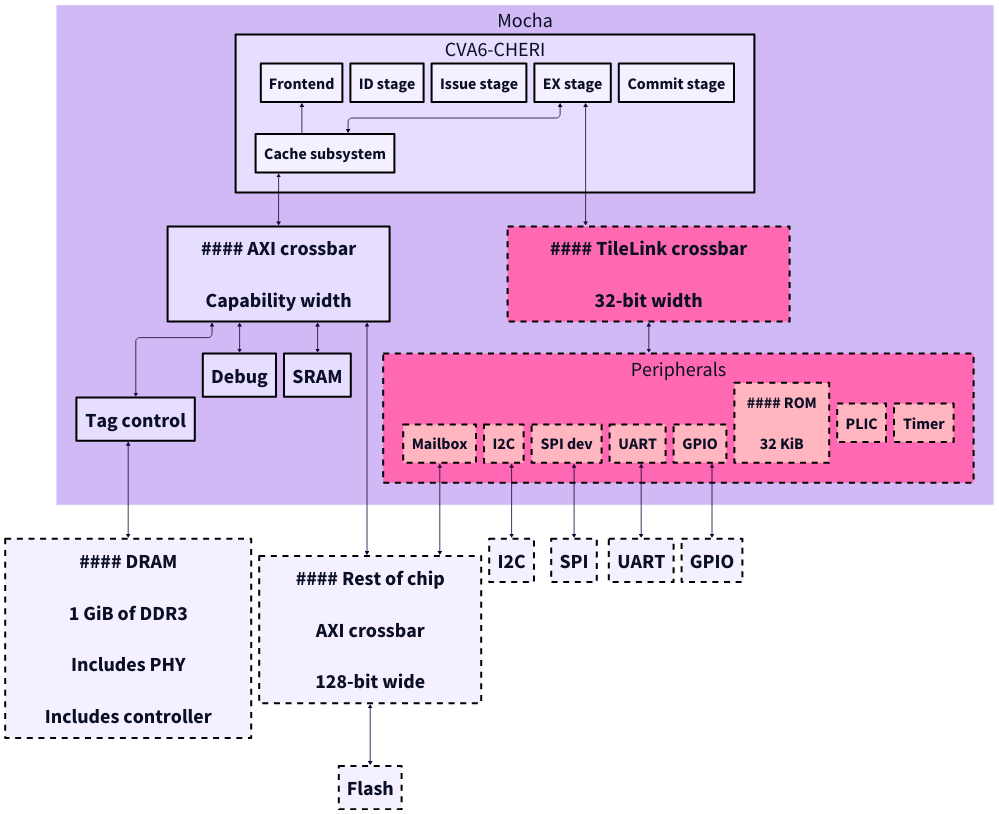
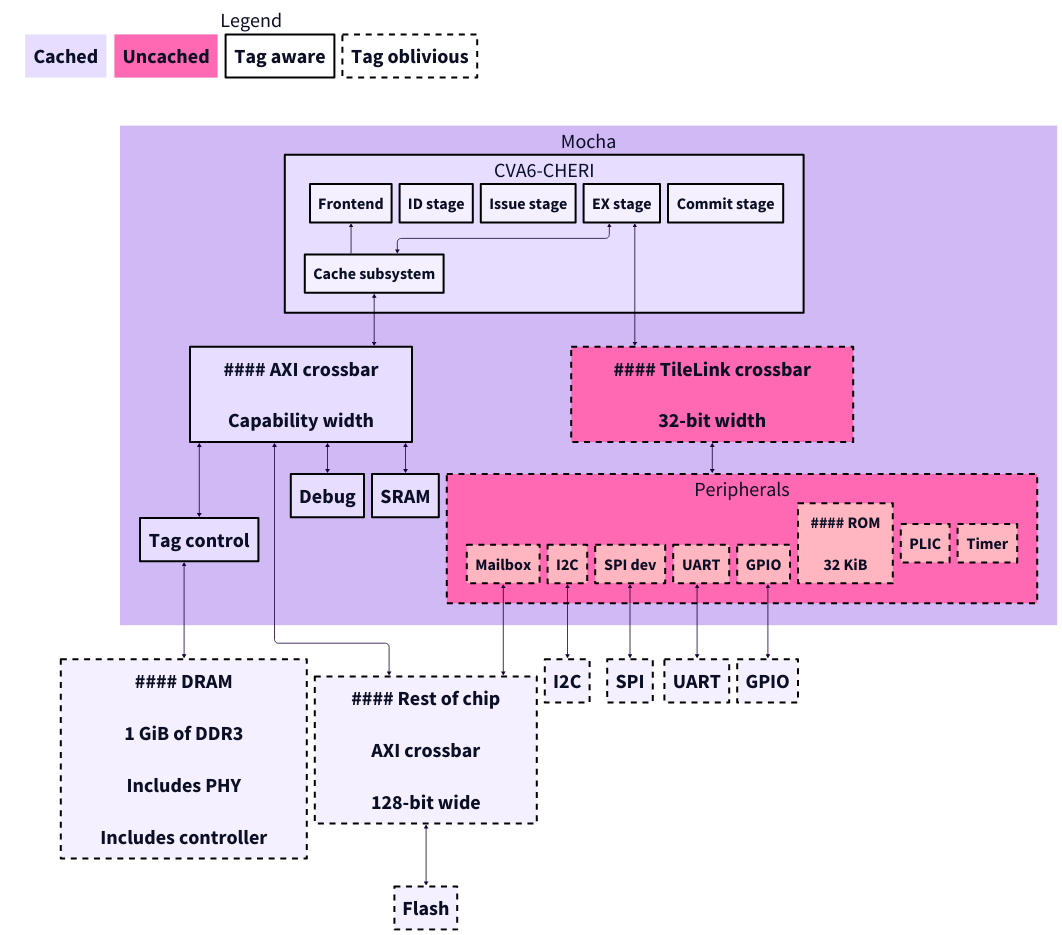
One commit to martin-velay/mocha changed the diagram in doc/img/mocha.d2. Above: the diagram before and after it, drawn with D2. The commit also changed 1 other file, not shown here.

Commit message:
[doc] Block diagram legend font increased
The built-in D2 lang legend does not adhere to the font size overrides
which made the legend look very small compared to the rest of the
diagram. I've now mannually added a legend.

```diff
--- a/doc/img/mocha.d2
+++ b/doc/img/mocha.d2
@@ -1,177 +1,199 @@
 # Global settings
 vars: {
   d2-config: {
     layout-engine: elk
     theme-id: 7
   }
-  d2-legend: {
-    Cached {
-      style.stroke-width: 0
-    }
-    Uncached {
-      style.stroke-width: 0
-      style.fill: hotpink
-    }
-    Tag aware {
-      style.fill: transparent
-      style.stroke-width: 5
-    }
-    Tag oblivious {
-      style.fill: transparent
-      style.stroke-width: 5
-      style.stroke-dash: 3
-      style.stroke: black
-    }
-  }
+  # d2-legend: {
+  #   Cached {
+  #     style.stroke-width: 0
+  #   }
+  #   Uncached {
+  #     style.stroke-width: 0
+  #     style.fill: hotpink
+  #   }
+  #   Tag aware {
+  #     style.fill: transparent
+  #     style.stroke-width: 5
+  #   }
+  #   Tag oblivious {
+  #     style.fill: transparent
+  #     style.stroke-width: 5
+  #     style.stroke-dash: 3
+  #     style.stroke: black
+  #   }
+  # }
 }
 
 dram: |md
     #### DRAM
 
     1 GiB of DDR3
 
     Includes PHY
 
     Includes controller
 |
 dram.shape: rectangle
 dram.style.stroke-dash: 3
 
 Mocha: {
     # Processor arriane.sv includes just cva6.sv
     CVA6-CHERI {
         # csr_regfile
         #CSR regfile
         # perf_counters
         #Performance counters
         #Controller
         #Tracing: {
         #    # instr_tracer
         #    Instruction tracer
         #    # cva6_rvfi_probes
         #    RVFI probes
         #}
         Frontend
         # id_stage
         ID stage
         # issue_stage
         Issue stage
         # ex_stage
         EX stage
         # commit_stage
         Commit stage
         # cache_subsystem
         Cache subsystem
 
         # memory
         Frontend <- Cache subsystem
         EX stage <-> Cache subsystem
     }
 
     axi: |md
         #### AXI crossbar
 
         Capability width
     |
     axi.shape: rectangle
 
     tlul: |md
         #### TileLink crossbar
 
         32-bit width
     |
     tlul.shape: rectangle
     # Uncached
     tlul.style.fill: hotpink
     # Tag oblivious
     tlul.style.stroke-dash: 3
 
 
     CVA6-CHERI.cache subsystem <-> axi
     CVA6-CHERI.EX stage <-> tlul
     axi <-> Tag control
     axi <-> Debug
     axi <-> SRAM
 
     Peripherals {
         Mailbox
         Mailbox.style.fill:lightpink
         Mailbox.style.stroke-dash: 3
         I2C
         I2C.style.fill: lightpink
         I2C.style.stroke-dash: 3
         SPI dev
         SPI dev.style.fill: lightpink
         SPI dev.style.stroke-dash: 3
         UART
         UART.style.fill: lightpink
         UART.style.stroke-dash: 3
         # USB device
         GPIO
         GPIO.style.fill: lightpink
         GPIO.style.stroke-dash: 3
         rom: |md
             #### ROM
 
             32 KiB
         |
         rom.shape: rectangle
         rom.style.fill: lightpink
         rom.style.stroke-dash: 3
         PLIC
         PLIC.style.fill:lightpink
         PLIC.style.stroke-dash: 3
         Timer
         Timer.style.fill: lightpink
         Timer.style.stroke-dash: 3
     }
     # Uncached
     Peripherals.style.fill: hotpink
     # Tag oblivious
     Peripherals.style.stroke-dash: 3
 
     tlul <-> Peripherals
 }
 
 chip: |md
     #### Rest of chip
 
     AXI crossbar
 
     128-bit wide
 |
 chip.shape: rectangle
 chip.style.stroke-dash: 3
 
 chip <-> Flash
 Flash.style.stroke-dash: 3
 
 # External interfaces
 Mocha.Tag control <-> dram
 Mocha.axi <-> chip
 Mocha.Peripherals.Mailbox <-> chip
 Mocha.Peripherals.I2C <-> I2C
 I2C.style.stroke-dash: 3
 Mocha.Peripherals.SPI dev <-> SPI
 SPI.style.stroke-dash: 3
 Mocha.Peripherals.UART <-> UART
 UART.style.stroke-dash: 3
 Mocha.Peripherals.GPIO <-> GPIO
 GPIO.style.stroke-dash: 3
 
+# Legend
+Legend {
+Cached
+Uncached
+Tag aware
+Tag oblivious
+Uncached.style.fill: hotpink
+Tag aware.style.fill: transparent
+Tag oblivious.style.fill: transparent
+Tag oblivious.style.stroke-dash: 3
+}
+Legend <-> Mocha {
+    style: {
+        stroke: transparent
+    }
+}
+Legend.style.fill: transparent
+
 # Set global font size
 *.style.font-size: 50
 *.*.style.font-size: 50
 *.*.*.style.font-size: 40
 
 # Set global stroke width
 *.style.stroke-width: 5
 *.*.style.stroke-width: 5
 *.*.*.style.stroke-width: 5
 
 # Set global stroke color
 *.style.stroke: black
 *.*.style.stroke: black
 *.*.*.style.stroke: black
 
+# Global overrides
 Mocha.style.stroke: transparent
+Legend.style.stroke: transparent
+Legend.Cached.style.stroke-width: 0
+Legend.Uncached.style.stroke-width: 0
```
